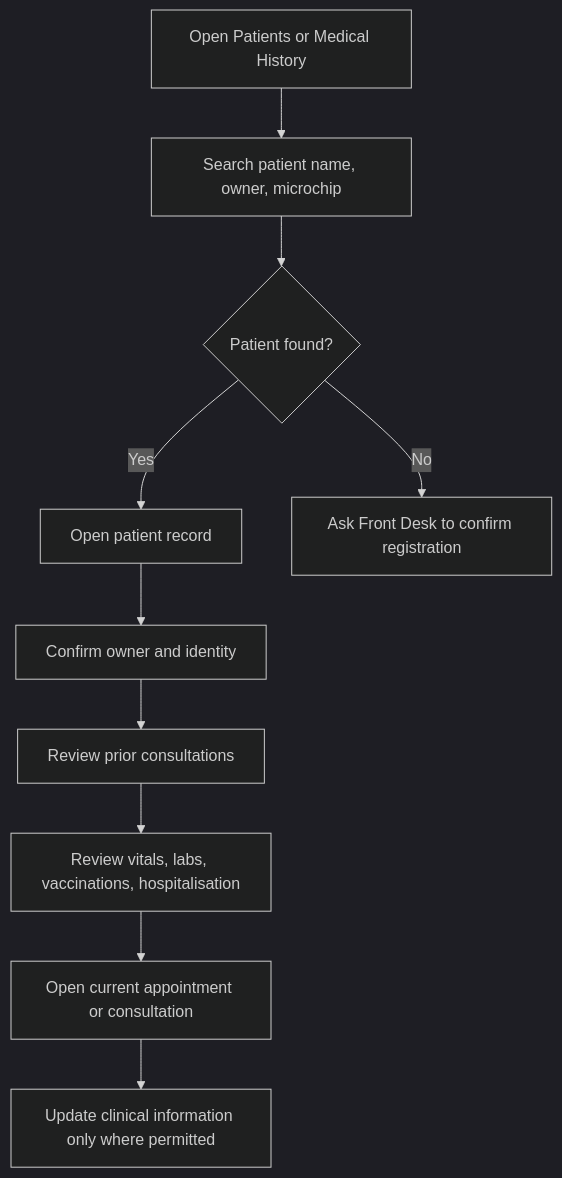
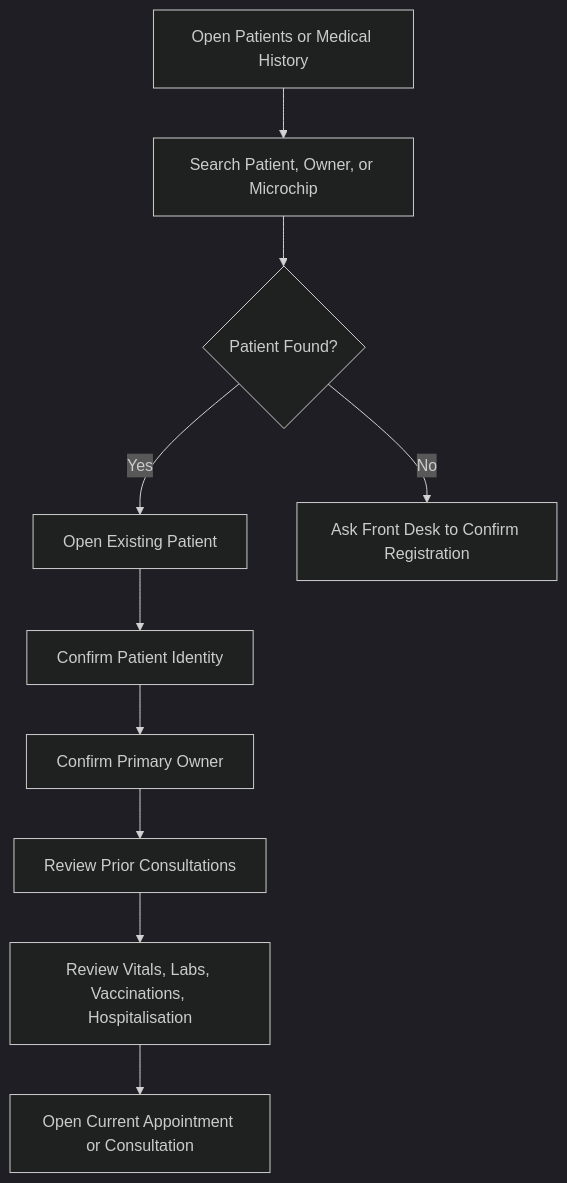
The diagram in docs/training/veterinary_doctor_operations/patient_medical_record_workflow.md (olayemigod/VetEdge), drawn with Mermaid (dark theme) before and after one commit. The commit also changed other lines of this file and 24 other files, not shown here.

````diff
--- a/docs/training/veterinary_doctor_operations/patient_medical_record_workflow.md
+++ b/docs/training/veterinary_doctor_operations/patient_medical_record_workflow.md
@@ -19,12 +19,12 @@
 ```mermaid
 flowchart TD
-    A[Open Patients or Medical History] --> B[Search patient name, owner, microchip]
-    B --> C{Patient found?}
-    C -->|Yes| D[Open patient record]
-    C -->|No| E[Ask Front Desk to confirm registration]
-    D --> F[Confirm owner and identity]
-    F --> G[Review prior consultations]
-    G --> H[Review vitals, labs, vaccinations, hospitalisation]
-    H --> I[Open current appointment or consultation]
-    I --> J[Update clinical information only where permitted]
+    A[Open Patients or Medical History] --> B[Search Patient, Owner, or Microchip]
+    B --> C{Patient Found?}
+    C -->|Yes| D[Open Existing Patient]
+    C -->|No| E[Ask Front Desk to Confirm Registration]
+    D --> F[Confirm Patient Identity]
+    F --> G[Confirm Primary Owner]
+    G --> H[Review Prior Consultations]
+    H --> I[Review Vitals, Labs, Vaccinations, Hospitalisation]
+    I --> J[Open Current Appointment or Consultation]
 ```
````
